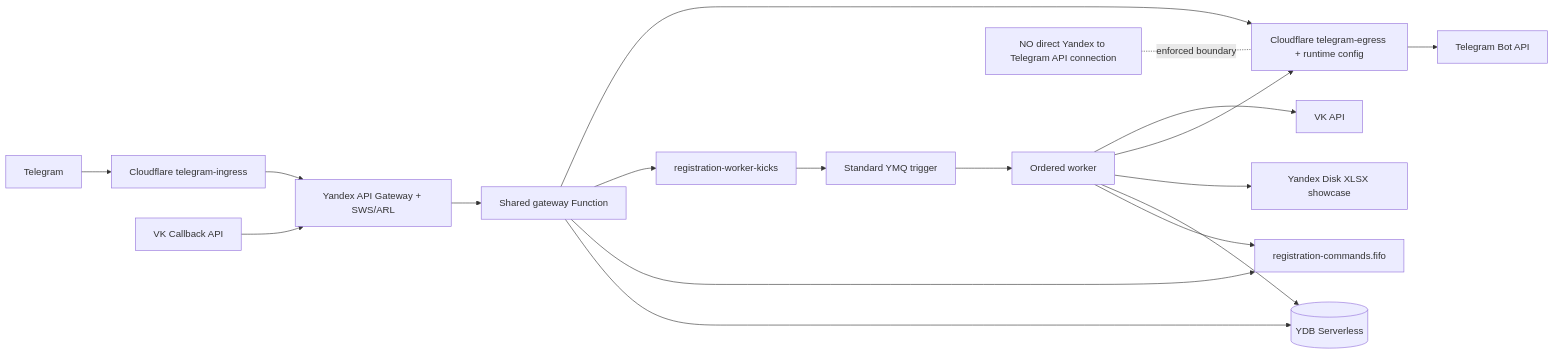
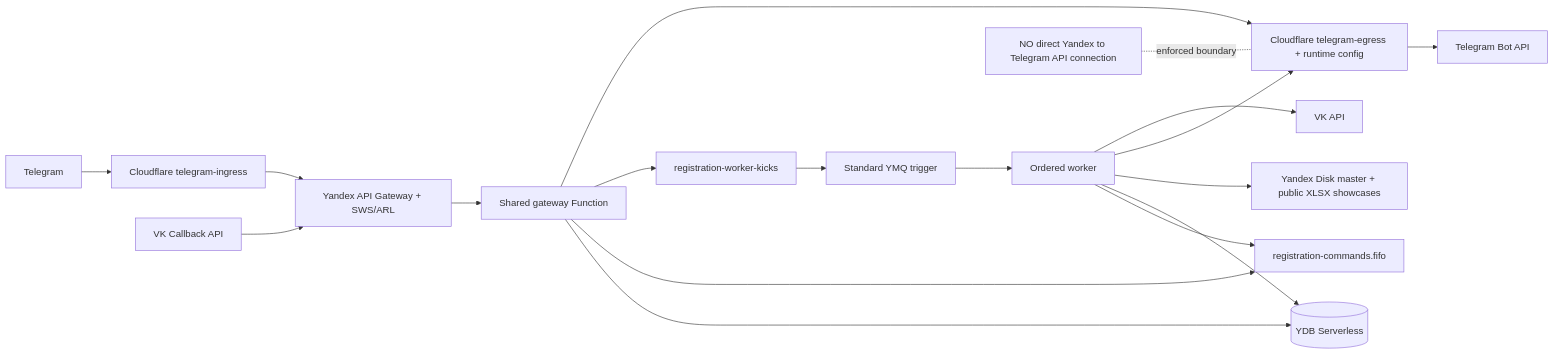
The first of 5 diagrams in README.md (ProfessorLayton322/rolebot-hse), drawn with Mermaid before and after one commit. The commit also changed other lines of this file and 13 other files, not shown here.

Commit message:
feat: create master and public game tables

````diff
--- a/README.md
+++ b/README.md
@@ -9,21 +9,21 @@
 ```mermaid
 flowchart LR
     TG[Telegram] --> CFI[Cloudflare telegram-ingress]
     CFI --> APIGW[Yandex API Gateway + SWS/ARL]
     VK[VK Callback API] --> APIGW
     APIGW --> GW[Shared gateway Function]
     GW --> YDB[(YDB Serverless)]
     GW --> FIFO[registration-commands.fifo]
     GW --> KICK[registration-worker-kicks]
     KICK --> TRIGGER[Standard YMQ trigger]
     TRIGGER --> WORKER[Ordered worker]
     WORKER --> FIFO
     WORKER --> YDB
-    WORKER --> DISK[Yandex Disk XLSX showcase]
+    WORKER --> DISK[Yandex Disk master + public XLSX showcases]
     GW --> CFE[Cloudflare telegram-egress + runtime config]
     WORKER --> CFE
     CFE --> TGAPI[Telegram Bot API]
     WORKER --> VKAPI[VK API]
 
     NO[NO direct Yandex to Telegram API connection] -. enforced boundary .- CFE
 ```
````
